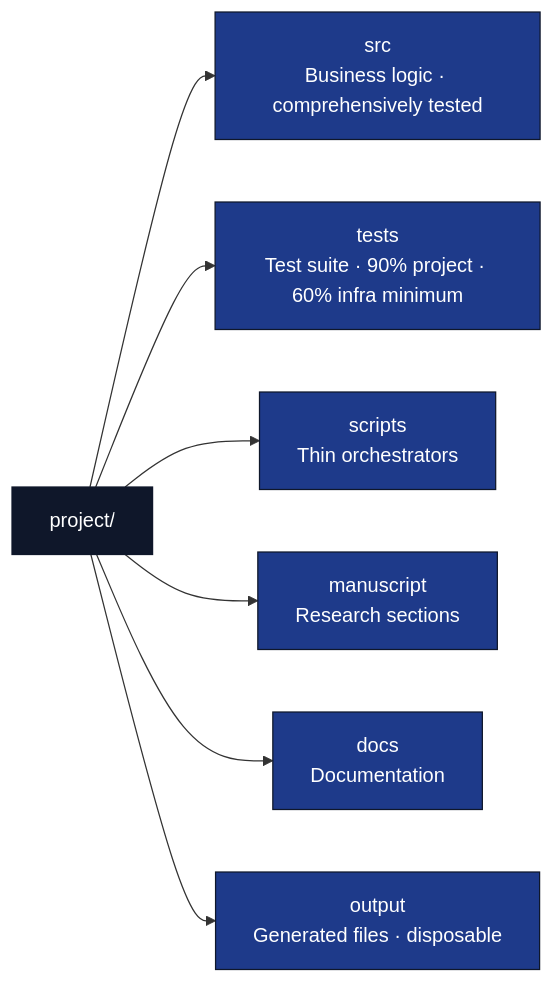
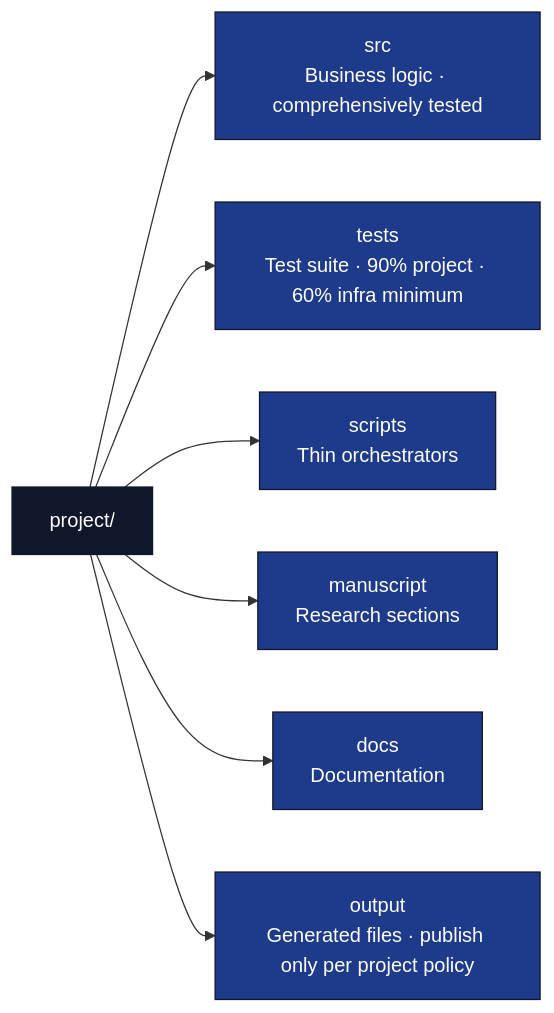
Before and after one commit to docxology/template: the first of 2 diagrams in docs/best-practices/best-practices.md, drawn with Mermaid. The commit also changed other lines of this file and 82 other files, not shown here.

````diff
--- a/docs/best-practices/best-practices.md
+++ b/docs/best-practices/best-practices.md
@@ -15,15 +15,15 @@
 ```mermaid
 flowchart LR
     P[project/]
     P --> SRC[src<br/>Business logic · comprehensively tested]
     P --> T[tests<br/>Test suite · 90% project · 60% infra minimum]
     P --> SC[scripts<br/>Thin orchestrators]
     P --> M[manuscript<br/>Research sections]
     P --> DOC[docs<br/>Documentation]
-    P --> OUT[output<br/>Generated files · disposable]
+    P --> OUT[output<br/>Generated files · publish only per project policy]
 
     classDef d fill:#0f172a,stroke:#0f172a,color:#fff
     classDef pkg fill:#1e3a8a,stroke:#0f172a,color:#fff
     class P d
     class SRC,T,SC,M,DOC,OUT pkg
 ```
````
